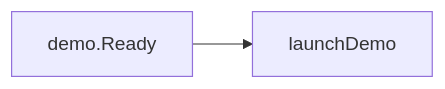
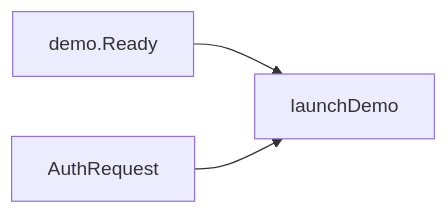
Before and after one commit to gordianknotC/nxp_note: the third of 4 diagrams in nxp/MainActivity.md, drawn with Mermaid. The commit also changed other lines of this file, not shown here.

````diff
--- a/nxp/MainActivity.md
+++ b/nxp/MainActivity.md
@@ -29,6 +29,6 @@
 ```mermaid
 graph LR
   demo.Ready --> launchDemo
-  
+  AuthRequest --> launchDemo
   
 ```
````
